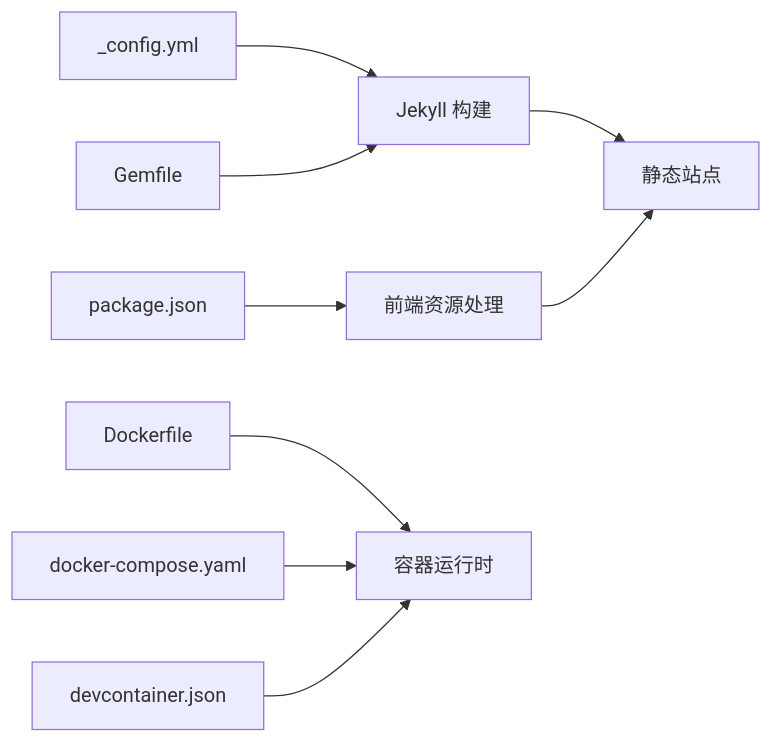
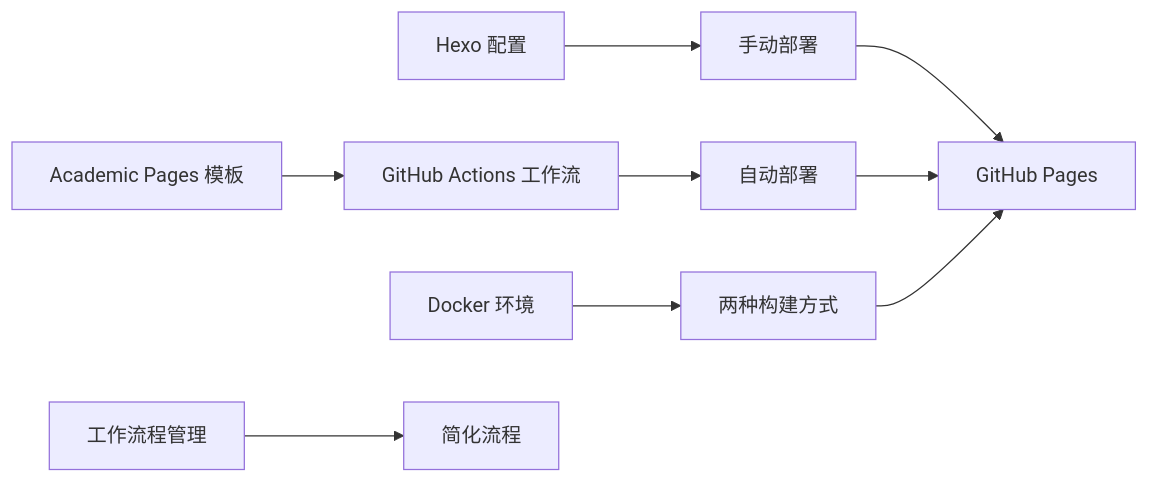
Before and after one commit to CoolPig0720/CoolPig0720.github.io: the sixth of 6 diagrams in .qoder/repowiki/zh/content/部署和维护/CI_CD 工作流程.md, drawn with Mermaid. The commit also changed other lines of this file and 36 other files, not shown here.

````diff
--- a/.qoder/repowiki/zh/content/部署和维护/CI_CD 工作流程.md
+++ b/.qoder/repowiki/zh/content/部署和维护/CI_CD 工作流程.md
@@ -276,11 +234,11 @@
 ```mermaid
 graph LR
-Config["_config.yml"] --> Jekyll["Jekyll 构建"]
-Gemfile["Gemfile"] --> Jekyll
-Package["package.json"] --> Frontend["前端资源处理"]
-Docker["Dockerfile"] --> Runtime["容器运行时"]
-Compose["docker-compose.yaml"] --> Runtime
-Dev["devcontainer.json"] --> Runtime
-Jekyll --> Output["静态站点"]
-Frontend --> Output
+Template["Academic Pages 模板"] --> Actions["GitHub Actions 工作流"]
+HexoConfig["Hexo 配置"] --> ManualDeploy["手动部署"]
+Actions --> AutoDeploy["自动部署"]
+Docker["Docker 环境"] --> Both["两种构建方式"]
+ManualDeploy --> Pages["GitHub Pages"]
+AutoDeploy --> Pages
+Both --> Pages
+Workflows["工作流程管理"] --> Simplified["简化流程"]
 ```
````
